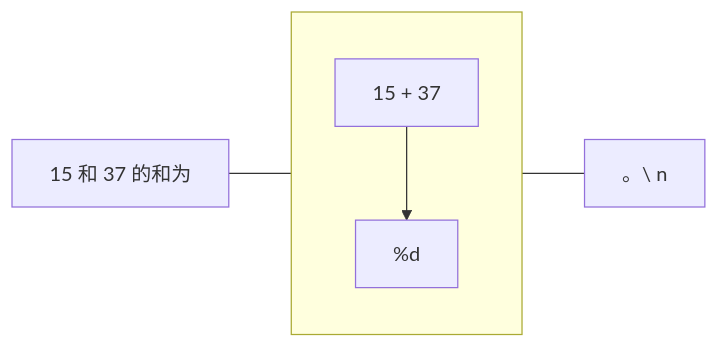
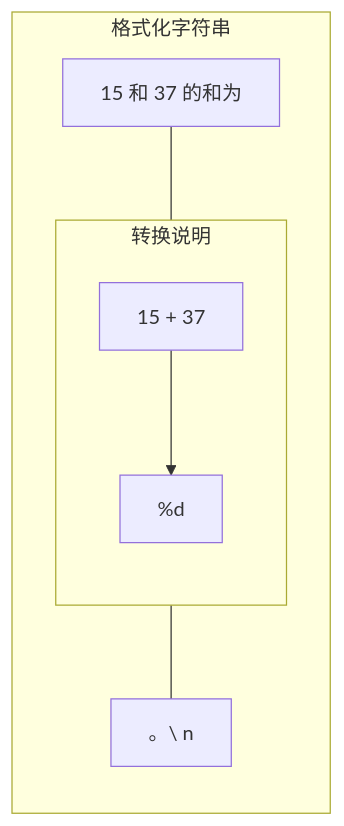
The second of 2 diagrams in docs/第1章：首先习惯它.md (Fish-10124/CLanguageIntro), drawn with Mermaid before and after one commit. The commit also changed other lines of this file, not shown here.

````diff
--- a/docs/第1章：首先习惯它.md
+++ b/docs/第1章：首先习惯它.md
@@ -204,9 +207,11 @@
 ```mermaid
 flowchart LR
-    subgraph sub[ ]
+    subgraph sub1[转换说明]
         direction TD
         B[15 + 37] --> C[%d]
     end
-    A[15 和 37 的和为] --- sub
-    sub --- D[。\ n]
+    subgraph sub2[格式化字符串]
+        A[15 和 37 的和为] --- sub1
+        sub1 --- D[。\ n]
+    end
 ```
````
